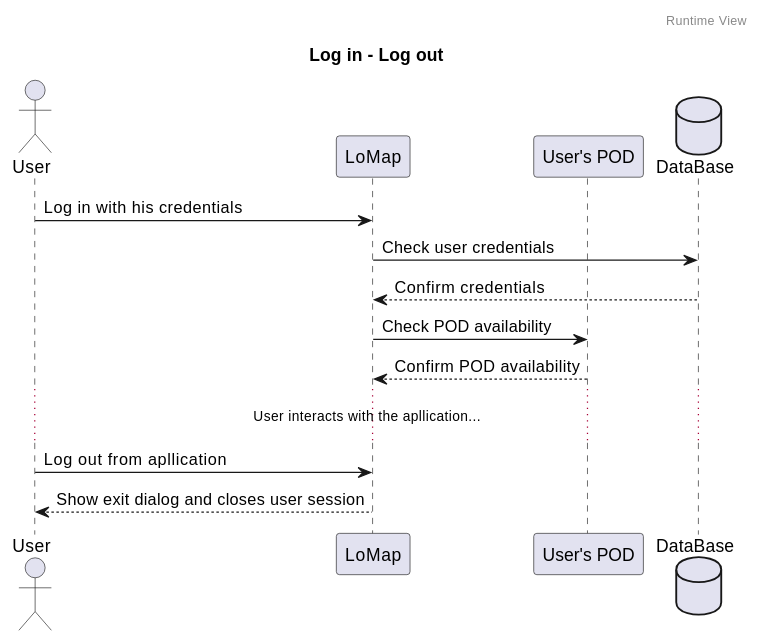
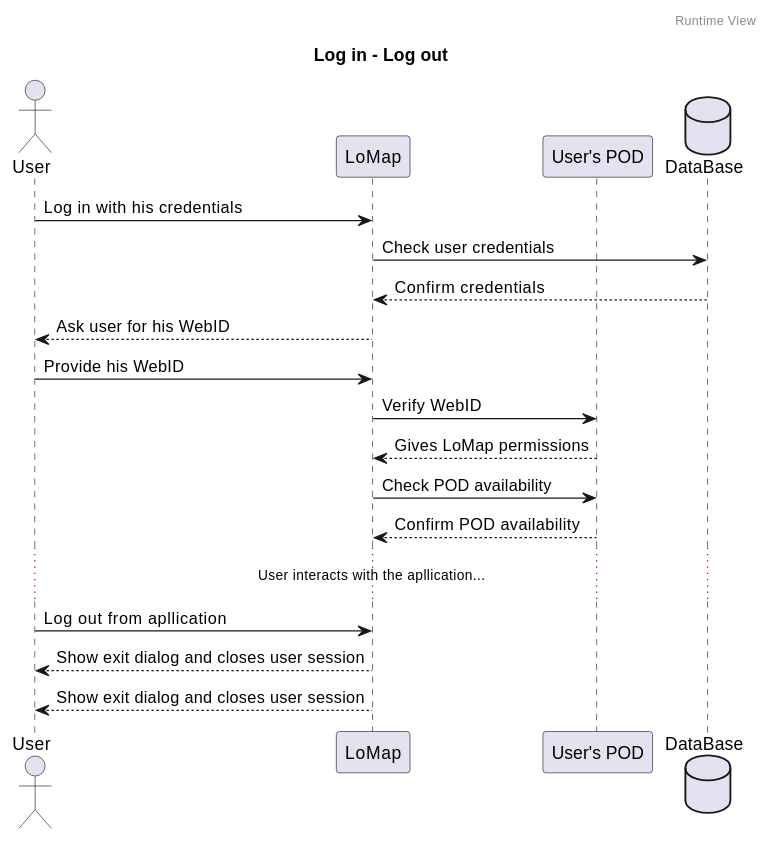
The second of 8 diagrams in docs/06_runtime_view.adoc (Arquisoft/lomap_es2c), drawn with PlantUML before and after one commit. The commit also changed other lines of this file, not shown here.

```diff
--- a/docs/06_runtime_view.adoc
+++ b/docs/06_runtime_view.adoc
@@ -59,20 +54,29 @@
 [plantuml,"Log in - log out sequence diagram",png]
 ----
 header Runtime View
 title Log in - Log out
 Actor User
 Participant LoMap
 Participant POD as "User's POD"
 Database DataBase as "DataBase" 
 
 User -> LoMap: Log in with his credentials
 LoMap -> DataBase: Check user credentials
 LoMap <-- DataBase: Confirm credentials
+
+
+User <-- LoMap: Ask user for his WebID
+User -> LoMap: Provide his WebID
+LoMap -> POD: Verify WebID
+LoMap <-- POD: Gives LoMap permissions
+
+
 LoMap -> POD: Check POD availability
 POD --> LoMap: Confirm POD availability
 
 ...User interacts with the apllication......
 
 User -> LoMap: Log out from apllication
 LoMap --> User: Show exit dialog and closes user session
+LoMap --> User: Show exit dialog and closes user session
 ----
```
